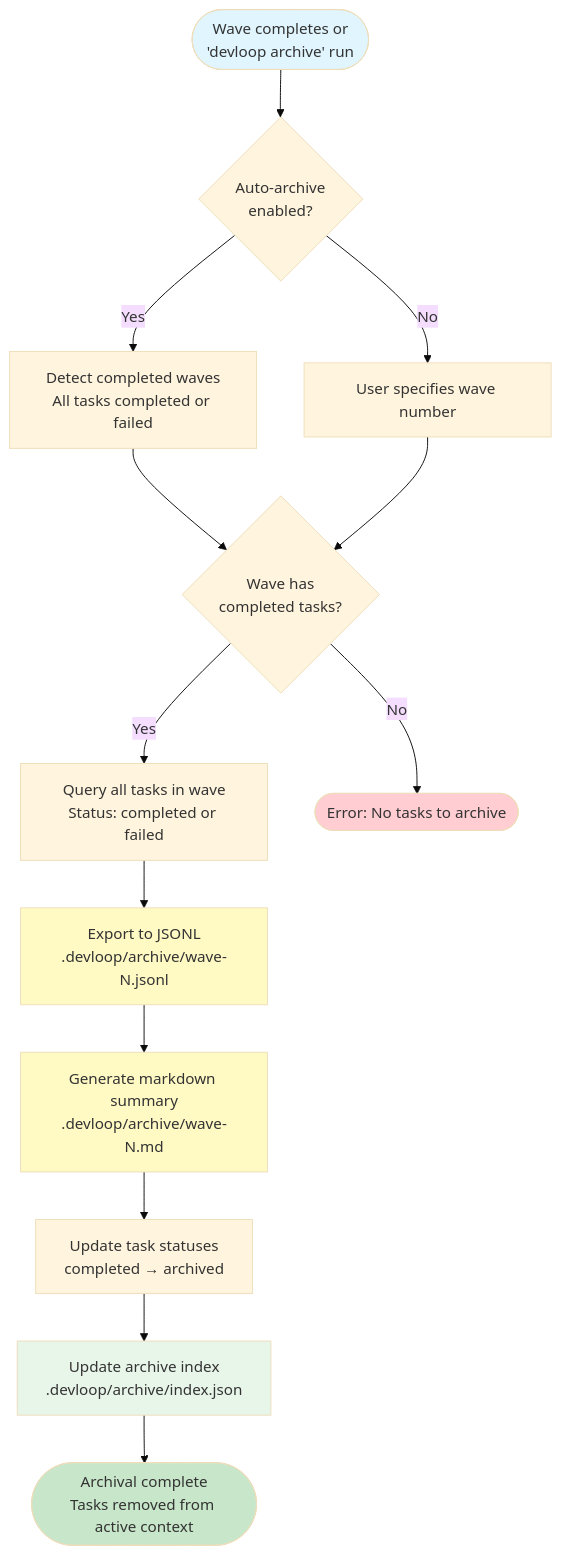
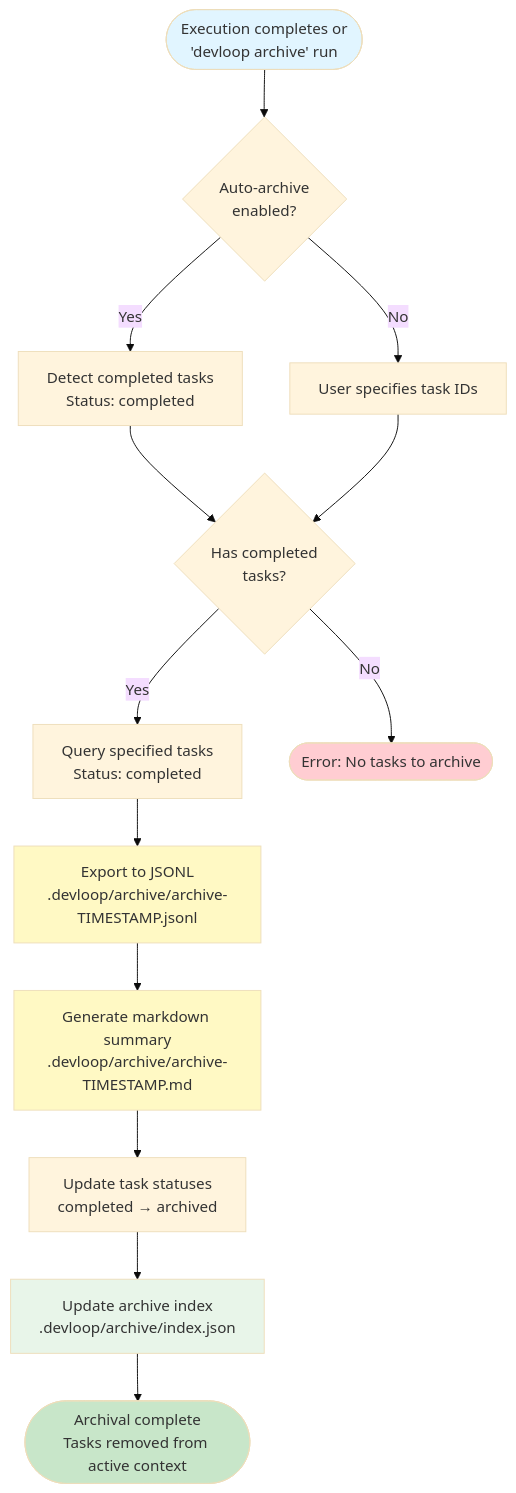
Before and after one commit to ceffo/devloop: the diagram in docs/diagrams/archive-workflow.md, drawn with Mermaid (base theme). The commit also changed other lines of this file and 46 other files, not shown here.

````diff
--- a/docs/diagrams/archive-workflow.md
+++ b/docs/diagrams/archive-workflow.md
@@ -5,43 +5,43 @@
 ```mermaid
 flowchart TD
-    START([Wave completes or<br/>'devloop archive' run])
+    START([Execution completes or<br/>'devloop archive' run])
     
     AUTO{Auto-archive<br/>enabled?}
-    DETECT[Detect completed waves<br/>All tasks completed or failed]
-    MANUAL[User specifies wave number]
+    DETECT[Detect completed tasks<br/>Status: completed]
+    MANUAL[User specifies task IDs]
     
-    VALIDATE{Wave has<br/>completed tasks?}
-    QUERY[Query all tasks in wave<br/>Status: completed or failed]
+    VALIDATE{Has completed<br/>tasks?}
+    QUERY[Query specified tasks<br/>Status: completed]
     
-    JSONL[Export to JSONL<br/>.devloop/archive/wave-N.jsonl]
-    MARKDOWN[Generate markdown summary<br/>.devloop/archive/wave-N.md]
+    JSONL[Export to JSONL<br/>.devloop/archive/archive-TIMESTAMP.jsonl]
+    MARKDOWN[Generate markdown summary<br/>.devloop/archive/archive-TIMESTAMP.md]
     
     UPDATE[Update task statuses<br/>completed → archived]
     INDEX[Update archive index<br/>.devloop/archive/index.json]
     
     SUCCESS([Archival complete<br/>Tasks removed from active context])
     ERROR([Error: No tasks to archive])
     
     START --> AUTO
     AUTO -->|Yes| DETECT
     AUTO -->|No| MANUAL
     
     DETECT --> VALIDATE
     MANUAL --> VALIDATE
     
     VALIDATE -->|Yes| QUERY
     VALIDATE -->|No| ERROR
     
     QUERY --> JSONL
     JSONL --> MARKDOWN
     MARKDOWN --> UPDATE
     UPDATE --> INDEX
     INDEX --> SUCCESS
     
     style START fill:#e1f5ff
     style SUCCESS fill:#c8e6c9
     style ERROR fill:#ffcdd2
     style JSONL fill:#fff9c4
     style MARKDOWN fill:#fff9c4
     style INDEX fill:#e8f5e9
 ```
````
